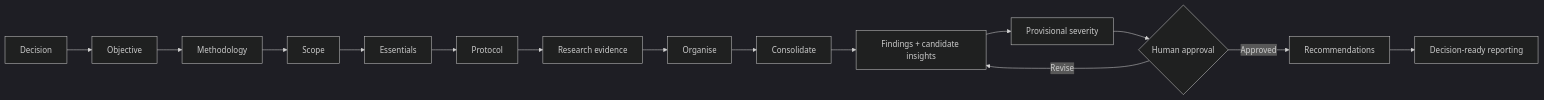
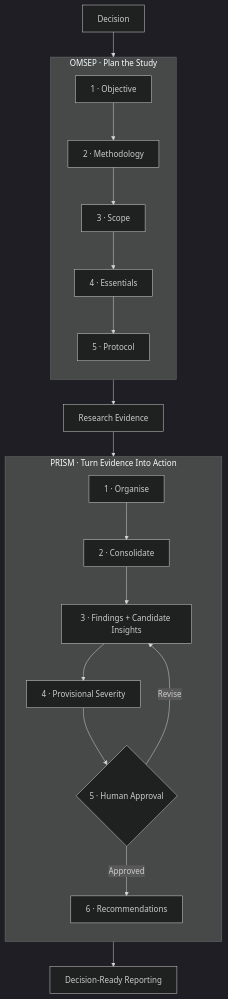
Before and after one commit to achyuthkalva/user-experience-research: the diagram in README.md, drawn with Mermaid (dark theme). The commit also changed other lines of this file, not shown here.

````diff
--- a/README.md
+++ b/README.md
@@ -42,17 +49,28 @@
 ```mermaid
-flowchart LR
-    A[Decision] --> B[Objective]
-    B --> C[Methodology]
-    C --> D[Scope]
-    D --> E[Essentials]
-    E --> F[Protocol]
-    F --> G[Research evidence]
-    G --> H[Organise]
-    H --> I[Consolidate]
-    I --> J[Findings + candidate insights]
-    J --> K[Provisional severity]
-    K --> L{Human approval}
-    L -->|Approved| M[Recommendations]
-    L -->|Revise| J
-    M --> N[Decision-ready reporting]
+flowchart TD
+    A[Decision]
+
+    subgraph OMSEP["OMSEP · Plan the Study"]
+      direction TB
+      B["1 · Objective"] --> C["2 · Methodology"]
+      C --> D["3 · Scope"]
+      D --> E["4 · Essentials"]
+      E --> F["5 · Protocol"]
+    end
+
+    A --> B
+    F --> G["Research Evidence"]
+
+    subgraph PRISM["PRISM · Turn Evidence Into Action"]
+      direction TB
+      H["1 · Organise"] --> I["2 · Consolidate"]
+      I --> J["3 · Findings + Candidate Insights"]
+      J --> K["4 · Provisional Severity"]
+      K --> L{"5 · Human Approval"}
+      L -->|Approved| M["6 · Recommendations"]
+      L -->|Revise| J
+    end
+
+    G --> H
+    M --> N["Decision-Ready Reporting"]
 ```
````
